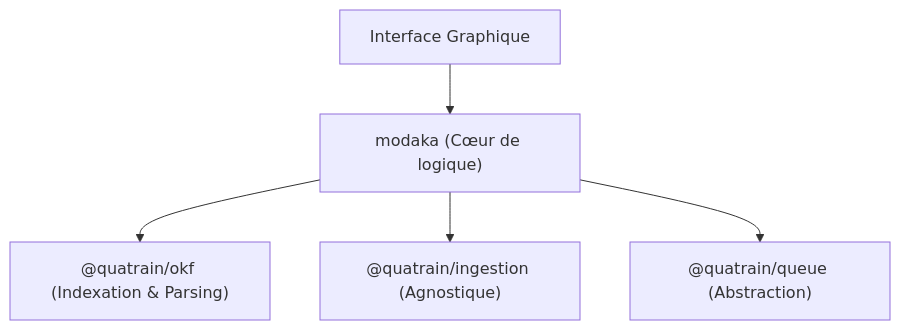
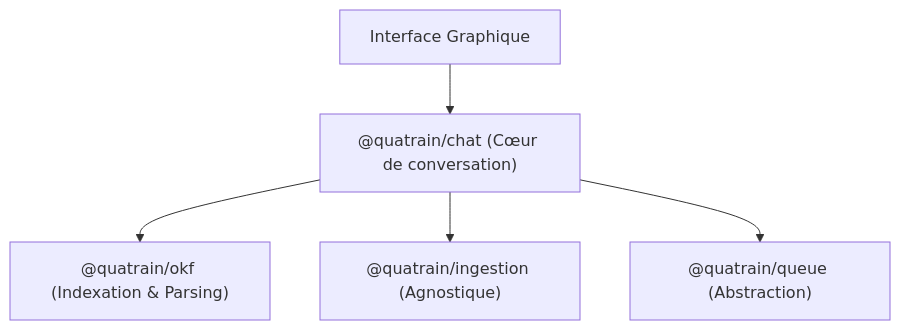
Before and after one commit to Quatrain/modaka: the diagram in design-notes/1_core_and_local.md, drawn with Mermaid. The commit also changed other lines of this file and 1 other file, not shown here.

Commit message:
refactor: rename modaka core logic to @quatrain/chat and document architectural decoupling from UI

````diff
--- a/design-notes/1_core_and_local.md
+++ b/design-notes/1_core_and_local.md
@@ -11,7 +11,7 @@
 ```mermaid
 graph TD
-    UI[Interface Graphique] --> Core["modaka (Cœur de logique)"]
-    Core --> OKF["@quatrain/okf (Indexation & Parsing)"]
-    Core --> Ingest["@quatrain/ingestion (Agnostique)"]
-    Core --> Queue["@quatrain/queue (Abstraction)"]
+    UI[Interface Graphique] --> Chat["@quatrain/chat (Cœur de conversation)"]
+    Chat --> OKF["@quatrain/okf (Indexation & Parsing)"]
+    Chat --> Ingest["@quatrain/ingestion (Agnostique)"]
+    Chat --> Queue["@quatrain/queue (Abstraction)"]
 ```
````
